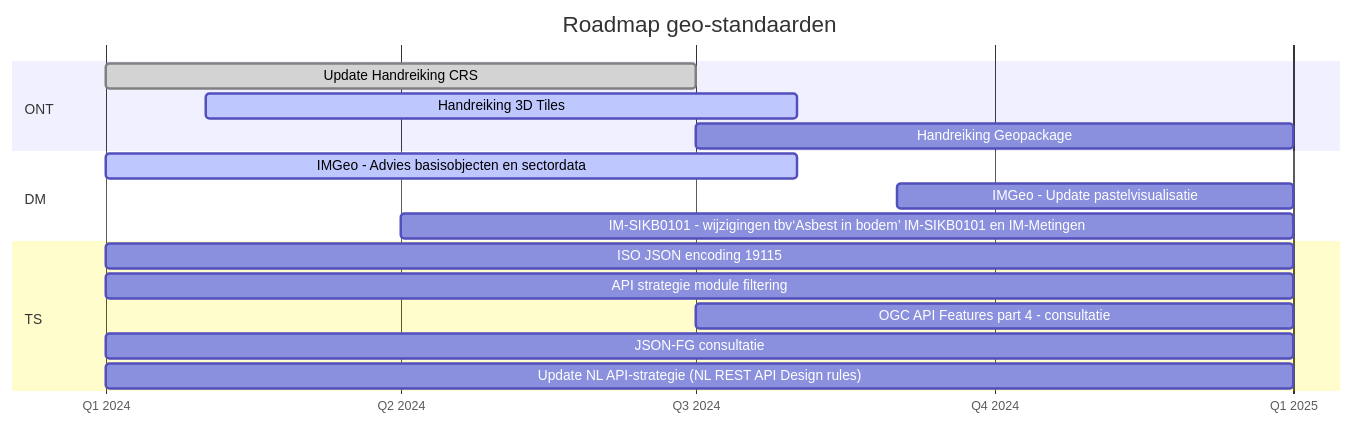
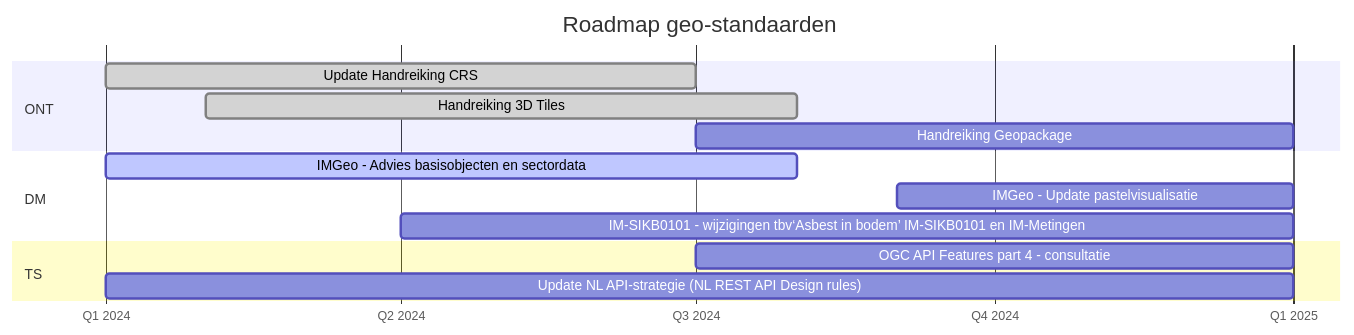
The diagram in roadmap.mmd (Geonovum/roadmap-geostandaarden), drawn with Mermaid before and after one commit.

```diff
--- a/roadmap.mmd
+++ b/roadmap.mmd
@@ -1,26 +1,26 @@
 gantt
     title Roadmap geo-standaarden
     dateFormat YYYY-M
     axisFormat Q%q %Y
     tickInterval 3month
     section ONT
         Update Handreiking CRS                      :done,           2024-01, 6M        
-        Handreiking 3D Tiles                        :active,          2024-02, 6M
-        Handreiking Geopackage                      :           2024-07, 6M
+        Handreiking 3D Tiles                        :done,          2024-02, 6M
+        Handreiking Geopackage                      :active           2024-07, 6M
         
     section DM        
         IMGeo - Advies basisobjecten en sectordata:active,    2024-01, 7M
         IMGeo - Update pastelvisualisatie                :      2024-09, 4M
        % IMOW                                        :           2024-01, 12M
        % IMEV                                        :           2024-01, 12M
         IM-SIKB0101 - wijzigingen tbv‘Asbest in bodem’ IM-SIKB0101 en IM-Metingen :active  2024-04, 9M
         
 
     section TS        
-        ISO JSON encoding 19115                     :           2024-01, 12M
-        API strategie module filtering              :           2024-01, 12M
+        %ISO JSON encoding 19115                     :           2024-01, 12M
+        %API strategie module filtering              :           2024-01, 12M
         %OGC API Records                             :           2024-01, 12M
-        OGC API Features part 4 - consultatie       :           2024-07, 6M
-        JSON-FG consultatie                         :           2024-01, 12M
+        OGC API Features part 4 - consultatie       :active           2024-07, 6M
+        %JSON-FG consultatie                         :           2024-01, 12M
         %DCAT NL-profiel 1.0                         :           2024-01, 12M
         Update NL API-strategie (NL REST API Design rules) :    2024-01, 12M
```
